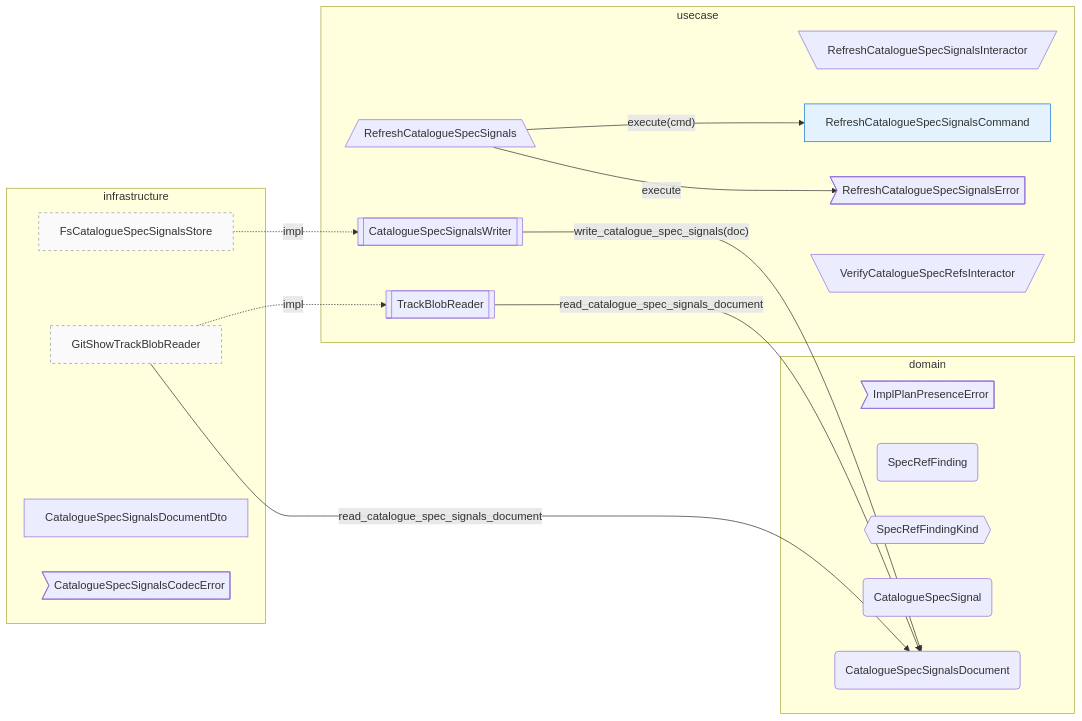
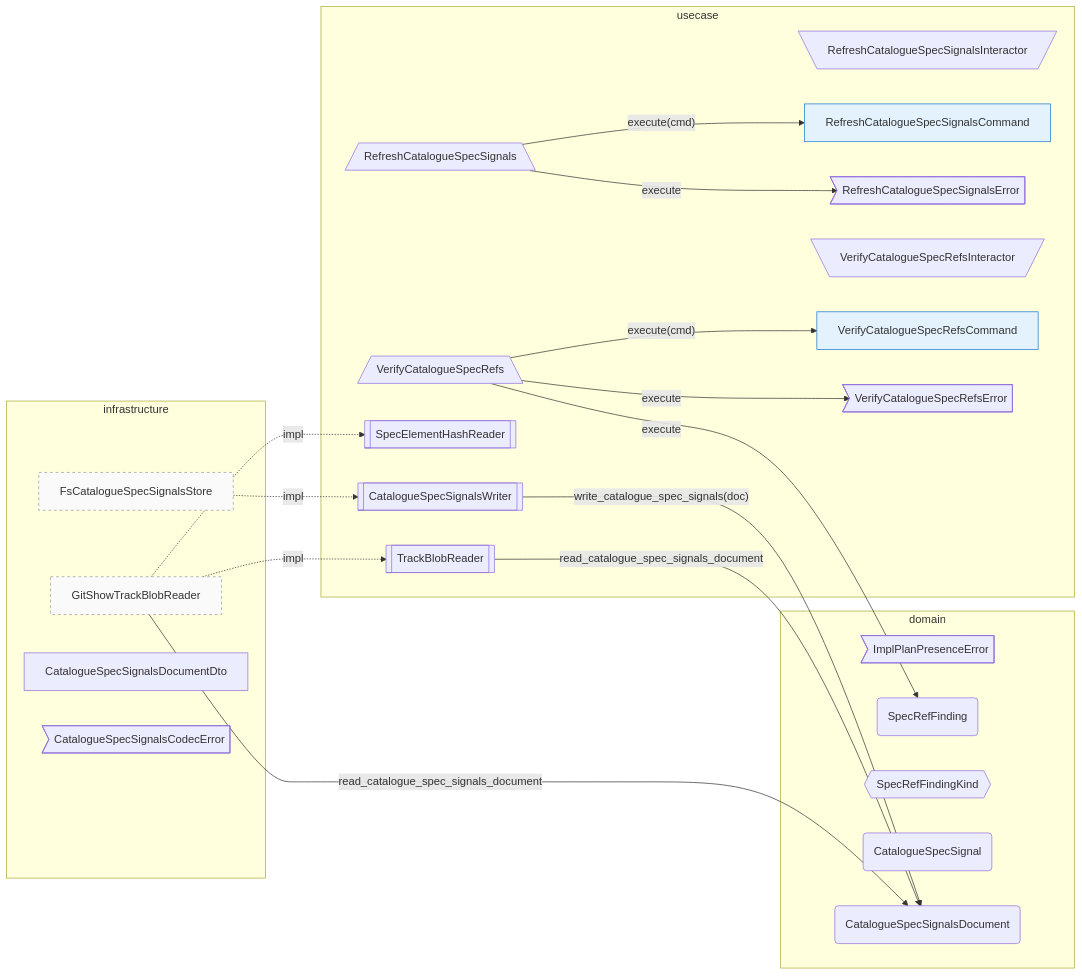
One commit to Flip451/SoTOHE-core changed the diagram in track/items/catalogue-spec-signal-activation-2026-04-23/contract-map.md. Above: the diagram before and after it, drawn with Mermaid. The commit also changed 10 other files, not shown here.

````diff
--- a/track/items/catalogue-spec-signal-activation-2026-04-23/contract-map.md
+++ b/track/items/catalogue-spec-signal-activation-2026-04-23/contract-map.md
@@ -1,36 +1,44 @@
 ```mermaid
 flowchart LR
     classDef secondary_adapter fill:#fafafa,stroke:#999,stroke-dasharray: 4 4
     classDef command fill:#e3f2fd,stroke:#1976d2
     classDef query fill:#f3e5f5,stroke:#8e24aa
     classDef factory fill:#fff8e1,stroke:#f9a825
     subgraph domain [domain]
         L6_domain_ImplPlanPresenceError>ImplPlanPresenceError]
         L6_domain_SpecRefFinding(SpecRefFinding)
         L6_domain_SpecRefFindingKind{{SpecRefFindingKind}}
         L6_domain_CatalogueSpecSignal(CatalogueSpecSignal)
         L6_domain_CatalogueSpecSignalsDocument(CatalogueSpecSignalsDocument)
     end
     subgraph usecase [usecase]
         L7_usecase_RefreshCatalogueSpecSignalsInteractor[\RefreshCatalogueSpecSignalsInteractor/]
         L7_usecase_RefreshCatalogueSpecSignals[/RefreshCatalogueSpecSignals\]
         L7_usecase_RefreshCatalogueSpecSignalsCommand[RefreshCatalogueSpecSignalsCommand]:::command
         L7_usecase_RefreshCatalogueSpecSignalsError>RefreshCatalogueSpecSignalsError]
         L7_usecase_VerifyCatalogueSpecRefsInteractor[\VerifyCatalogueSpecRefsInteractor/]
+        L7_usecase_VerifyCatalogueSpecRefs[/VerifyCatalogueSpecRefs\]
+        L7_usecase_VerifyCatalogueSpecRefsCommand[VerifyCatalogueSpecRefsCommand]:::command
+        L7_usecase_VerifyCatalogueSpecRefsError>VerifyCatalogueSpecRefsError]
+        L7_usecase_SpecElementHashReader[[SpecElementHashReader]]
         L7_usecase_TrackBlobReader[[TrackBlobReader]]
         L7_usecase_CatalogueSpecSignalsWriter[[CatalogueSpecSignalsWriter]]
     end
     subgraph infrastructure [infrastructure]
         L14_infrastructure_GitShowTrackBlobReader[GitShowTrackBlobReader]:::secondary_adapter
         L14_infrastructure_FsCatalogueSpecSignalsStore[FsCatalogueSpecSignalsStore]:::secondary_adapter
         L14_infrastructure_CatalogueSpecSignalsDocumentDto[CatalogueSpecSignalsDocumentDto]
         L14_infrastructure_CatalogueSpecSignalsCodecError>CatalogueSpecSignalsCodecError]
     end
     L14_infrastructure_FsCatalogueSpecSignalsStore -.impl.-> L7_usecase_CatalogueSpecSignalsWriter
     L14_infrastructure_GitShowTrackBlobReader -->|"read_catalogue_spec_signals_document"| L6_domain_CatalogueSpecSignalsDocument
     L14_infrastructure_GitShowTrackBlobReader -.impl.-> L7_usecase_TrackBlobReader
+    L14_infrastructure_GitShowTrackBlobReader -.impl.-> L7_usecase_SpecElementHashReader
     L7_usecase_CatalogueSpecSignalsWriter -->|"write_catalogue_spec_signals(doc)"| L6_domain_CatalogueSpecSignalsDocument
     L7_usecase_RefreshCatalogueSpecSignals -->|"execute"| L7_usecase_RefreshCatalogueSpecSignalsError
     L7_usecase_RefreshCatalogueSpecSignals -->|"execute(cmd)"| L7_usecase_RefreshCatalogueSpecSignalsCommand
     L7_usecase_TrackBlobReader -->|"read_catalogue_spec_signals_document"| L6_domain_CatalogueSpecSignalsDocument
+    L7_usecase_VerifyCatalogueSpecRefs -->|"execute"| L6_domain_SpecRefFinding
+    L7_usecase_VerifyCatalogueSpecRefs -->|"execute"| L7_usecase_VerifyCatalogueSpecRefsError
+    L7_usecase_VerifyCatalogueSpecRefs -->|"execute(cmd)"| L7_usecase_VerifyCatalogueSpecRefsCommand
 ```
````
